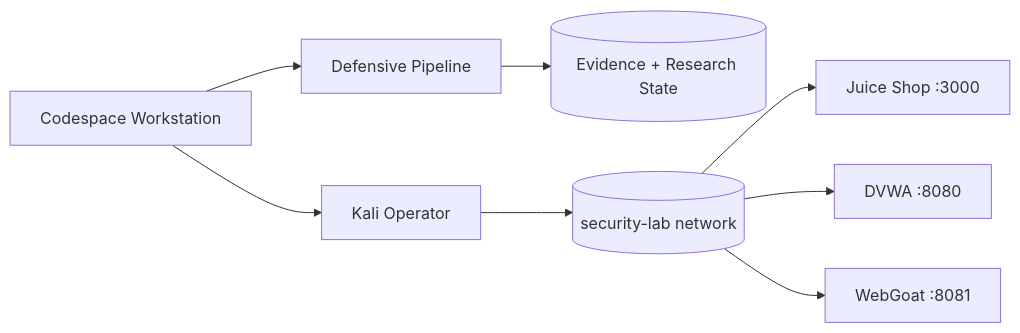
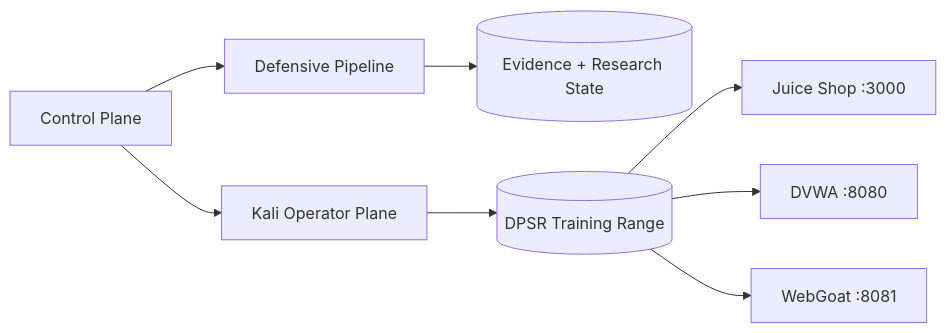
One commit to thewire1o1/Security-Lab changed the diagram in README.md. Above: the diagram before and after it, drawn with Mermaid. The commit also changed other lines of this file, not shown here.

Commit message:
Rebrand project as Digital Paragon Security Research

````diff
--- a/README.md
+++ b/README.md
@@ -70,10 +75,10 @@
 ```mermaid
 flowchart LR
-    W[Codespace Workstation] --> P[Defensive Pipeline]
-    W --> K[Kali Operator]
-    P --> R[(Evidence + Research State)]
-    K --> N[(security-lab network)]
-    N --> J[Juice Shop :3000]
-    N --> D[DVWA :8080]
-    N --> G[WebGoat :8081]
+    C[Control Plane] --> P[Defensive Pipeline]
+    C --> O[Kali Operator Plane]
+    P --> E[(Evidence + Research State)]
+    O --> R[(DPSR Training Range)]
+    R --> J[Juice Shop :3000]
+    R --> D[DVWA :8080]
+    R --> G[WebGoat :8081]
 ```
````
